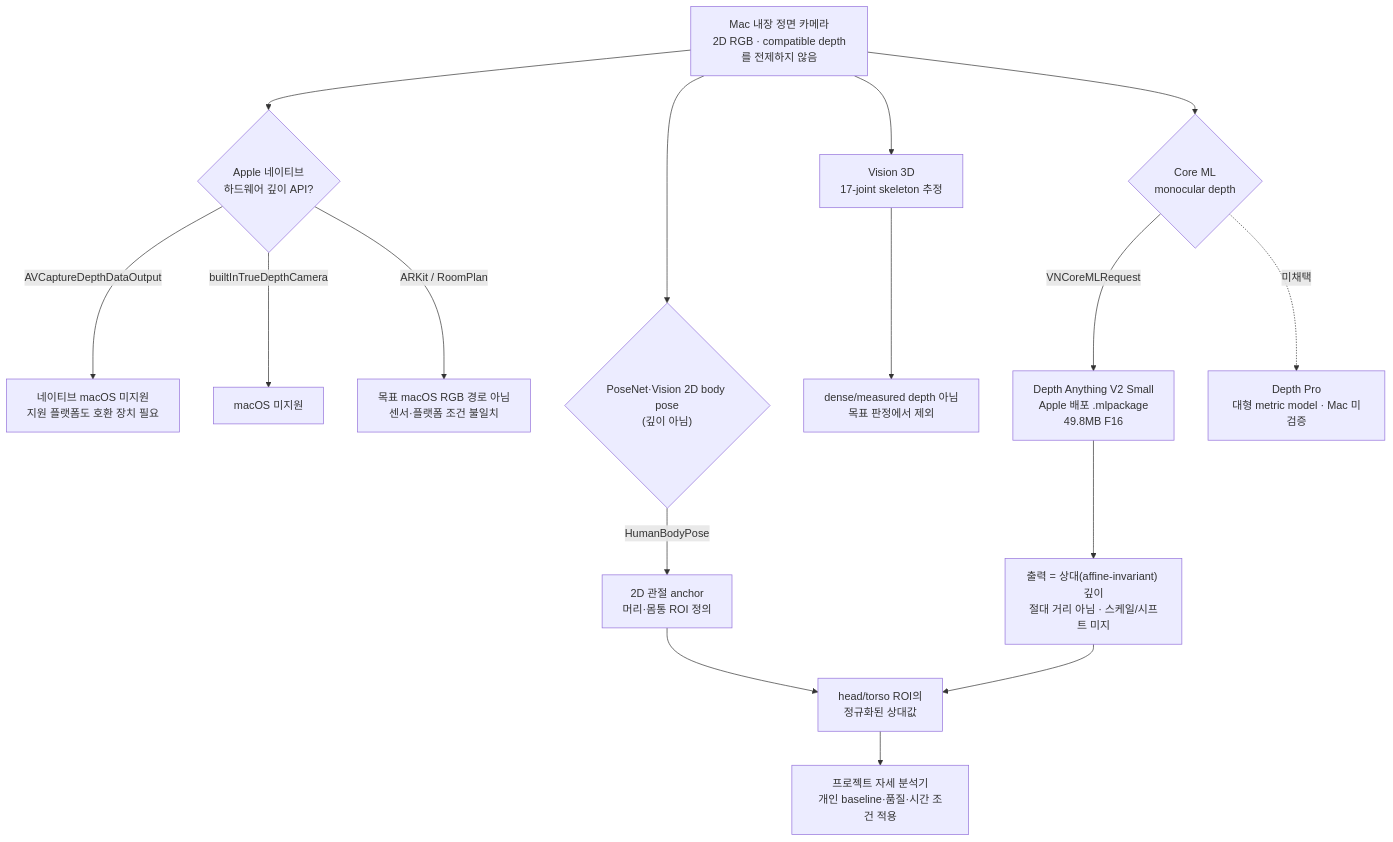
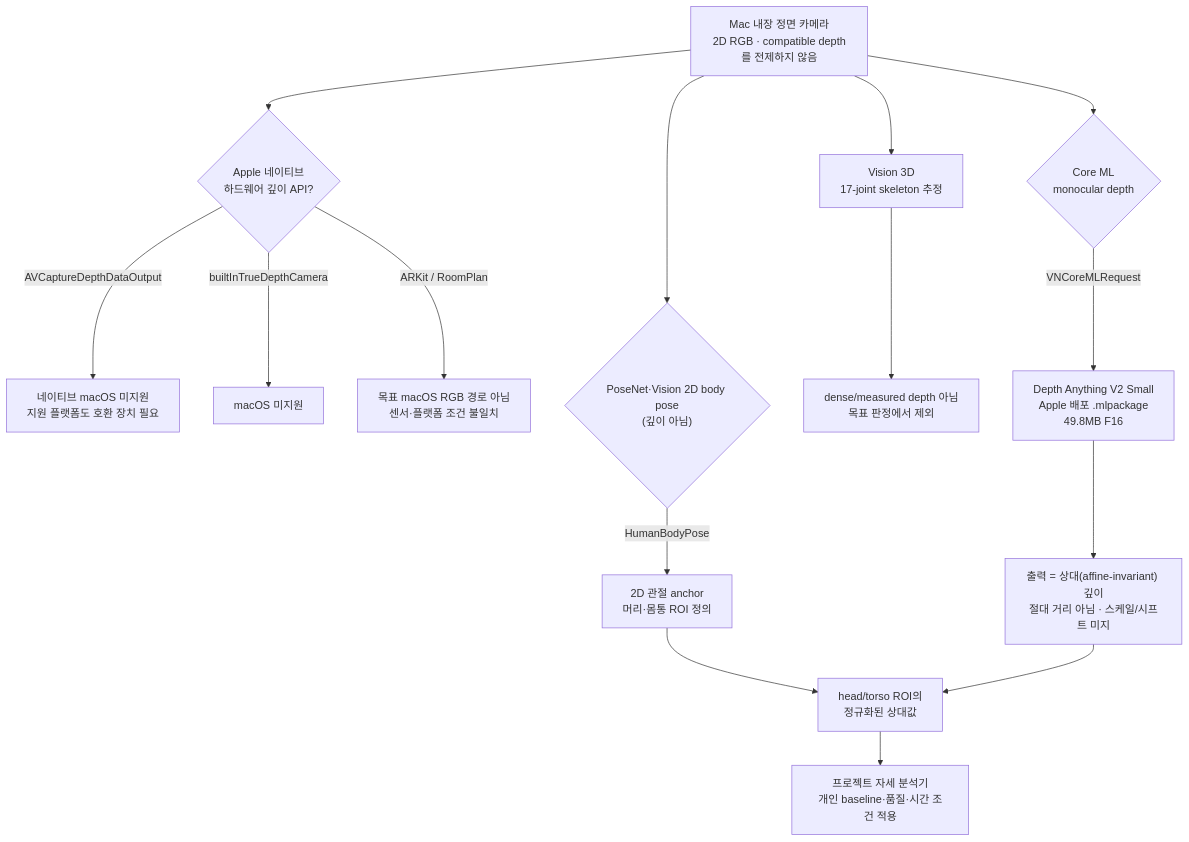
The diagram in docs/depth-estimation/apple-vision-depth/README.md (kimchanhyung98/turtlemeck), drawn with Mermaid before and after one commit. The commit also changed other lines of this file and 84 other files, not shown here.

````diff
--- a/docs/depth-estimation/apple-vision-depth/README.md
+++ b/docs/depth-estimation/apple-vision-depth/README.md
@@ -18,23 +22,21 @@
 ```mermaid
 flowchart TD
     CAM["Mac 내장 정면 카메라<br/>2D RGB · compatible depth를 전제하지 않음"]
 
     CAM --> HW{"Apple 네이티브<br/>하드웨어 깊이 API?"}
     HW -->|"AVCaptureDepthDataOutput"| X1["네이티브 macOS 미지원<br/>지원 플랫폼도 호환 장치 필요"]
     HW -->|"builtInTrueDepthCamera"| X2["macOS 미지원"]
     HW -->|"ARKit / RoomPlan"| X3["목표 macOS RGB 경로 아님<br/>센서·플랫폼 조건 불일치"]
 
     CAM --> SW{"PoseNet·Vision 2D body pose<br/>(깊이 아님)"}
     SW -->|"HumanBodyPose"| POSE["2D 관절 anchor<br/>머리·몸통 ROI 정의"]
     CAM --> P3["Vision 3D<br/>17-joint skeleton 추정"]
     P3 --> X4["dense/measured depth 아님<br/>목표 판정에서 제외"]
 
     CAM --> ML{"Core ML<br/>monocular depth"}
     ML -->|"VNCoreMLRequest"| DA["Depth Anything V2 Small<br/>Apple 배포 .mlpackage<br/>49.8MB F16"]
-    ML -.미채택.-> DP["Depth Pro<br/>대형 metric model · Mac 미검증"]
-
     DA --> REL["출력 = 상대(affine-invariant) 깊이<br/>절대 거리 아님 · 스케일/시프트 미지"]
     POSE --> POST["head/torso ROI의<br/>정규화된 상대값"]
     REL --> POST
     POST --> JUDGE["프로젝트 자세 분석기<br/>개인 baseline·품질·시간 조건 적용"]
 ```
````
